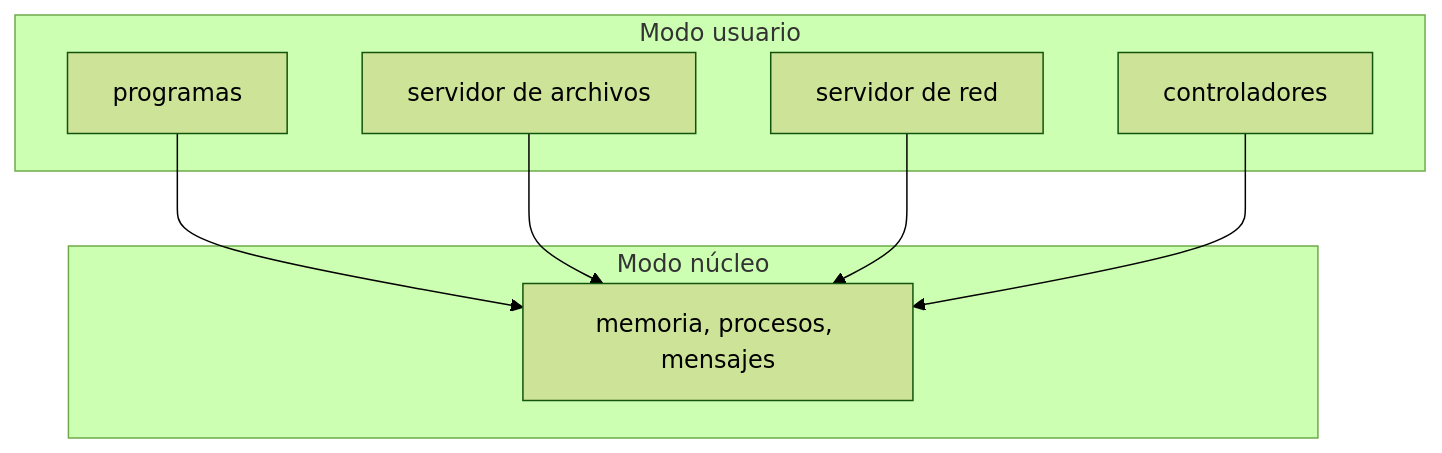
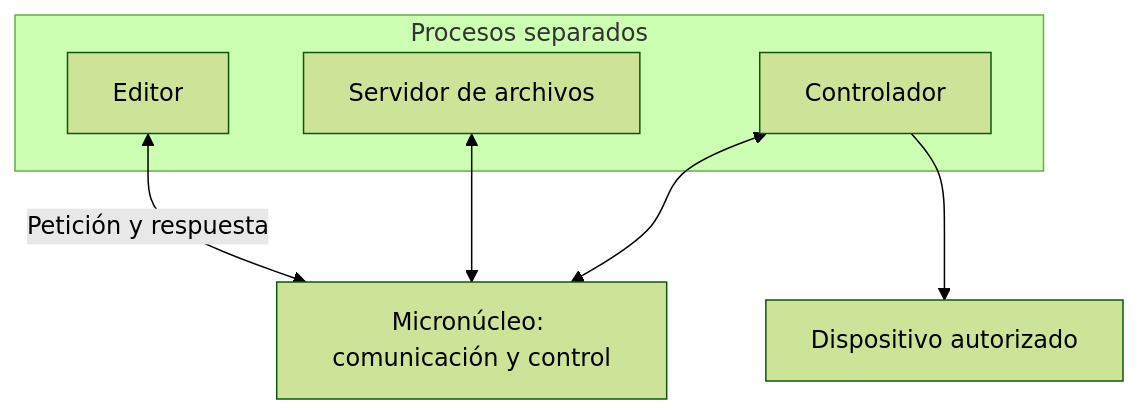
One commit to nbfrodri/devly changed the second of 2 diagrams in src/content/es/articles/nucleo-monolitico-y-micronucleo.mdx. Above: the diagram before and after it, drawn with Mermaid (forest theme). The commit also changed other lines of this file and 142 other files, not shown here.

````diff
--- a/src/content/es/articles/nucleo-monolitico-y-micronucleo.mdx
+++ b/src/content/es/articles/nucleo-monolitico-y-micronucleo.mdx
@@ -52,16 +57,12 @@
 ```mermaid
-flowchart TB
-	subgraph N["Modo núcleo"]
-		K["memoria, procesos, mensajes"]
+flowchart TD
+	subgraph U["Procesos separados"]
+		E["Editor"]
+		F["Servidor de archivos"]
+		D["Controlador"]
 	end
-	subgraph U["Modo usuario"]
-		F["servidor de archivos"]
-		R["servidor de red"]
-		C["controladores"]
-		P["programas"]
-	end
-	P --> K
-	F --> K
-	R --> K
-	C --> K
+	E <-->|"Petición y respuesta"| K["Micronúcleo: comunicación y control"]
+	F <--> K
+	D <--> K
+	D --> H["Dispositivo autorizado"]
 ```
````
